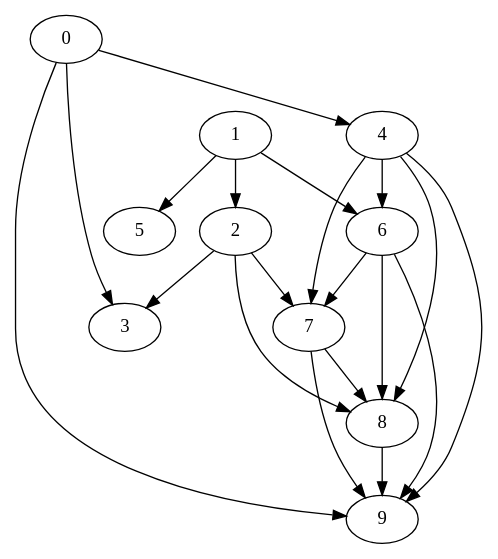
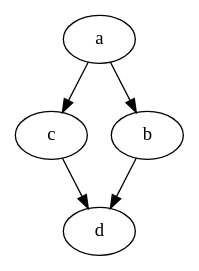
Before and after one commit to mohan-cao/revilo: the diagram in input-output.dot, drawn with Graphviz. The commit also changed 4 other files, not shown here.

```diff
--- a/input-output.dot
+++ b/input-output.dot
@@ -1,31 +1,10 @@
-digraph "output" {
-		0 -> 3	[Weight=34];
-		0 -> 4	[Weight=24];
-		0 -> 9	[Weight=44];
-		4 -> 9	[Weight=39];
-		4 -> 6	[Weight=10];
-		4 -> 7	[Weight=48];
-		4 -> 8	[Weight=48];
-		1 -> 2	[Weight=48];
-		1 -> 5	[Weight=19];
-		1 -> 6	[Weight=39];
-		2 -> 3	[Weight=10];
-		2 -> 7	[Weight=48];
-		2 -> 8	[Weight=48];
-		6 -> 9	[Weight=29];
-		6 -> 7	[Weight=15];
-		6 -> 8	[Weight=39];
-		7 -> 9	[Weight=34];
-		7 -> 8	[Weight=15];
-		8 -> 9	[Weight=39];
-		0		[Weight=6,Start=0,Processor=1];
-		3		[Weight=10,Start=6,Processor=1];
-		4		[Weight=3,Start=11,Processor=1];
-		9		[Weight=8,Start=14,Processor=1];
-		1		[Weight=5,Start=19,Processor=1];
-		2		[Weight=5,Start=26,Processor=1];
-		5		[Weight=7,Start=36,Processor=1];
-		6		[Weight=8,Start=44,Processor=1];
-		7		[Weight=3,Start=47,Processor=1];
-		8		[Weight=8,Start=55,Processor=1];
+digraph "outputMydiamond" {
+		a -> c	[Weight=5];
+		a -> b	[Weight=3];
+		c -> d	[Weight=1];
+		b -> d	[Weight=2];
+		d		[Weight=4,Start=6,Processor=1];
+		a		[Weight=2,Start=0,Processor=1];
+		c		[Weight=1,Start=2,Processor=1];
+		b		[Weight=3,Start=3,Processor=1];
 }
```
